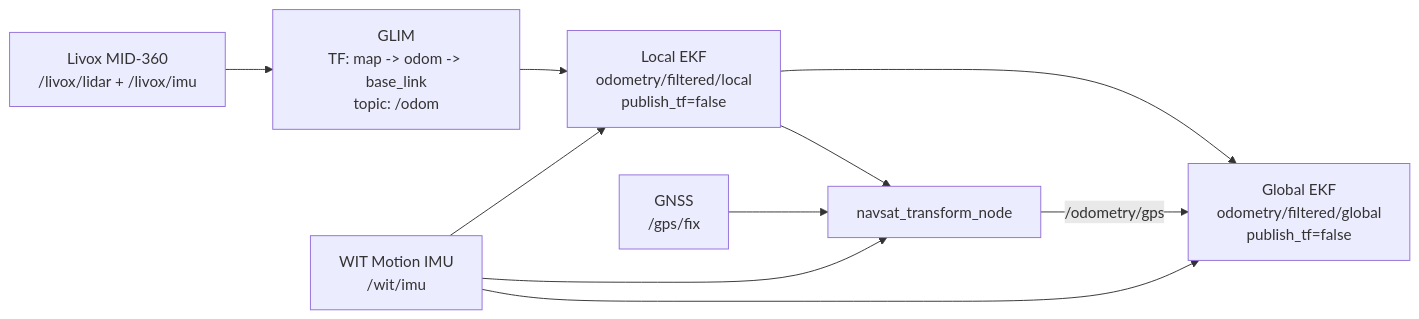
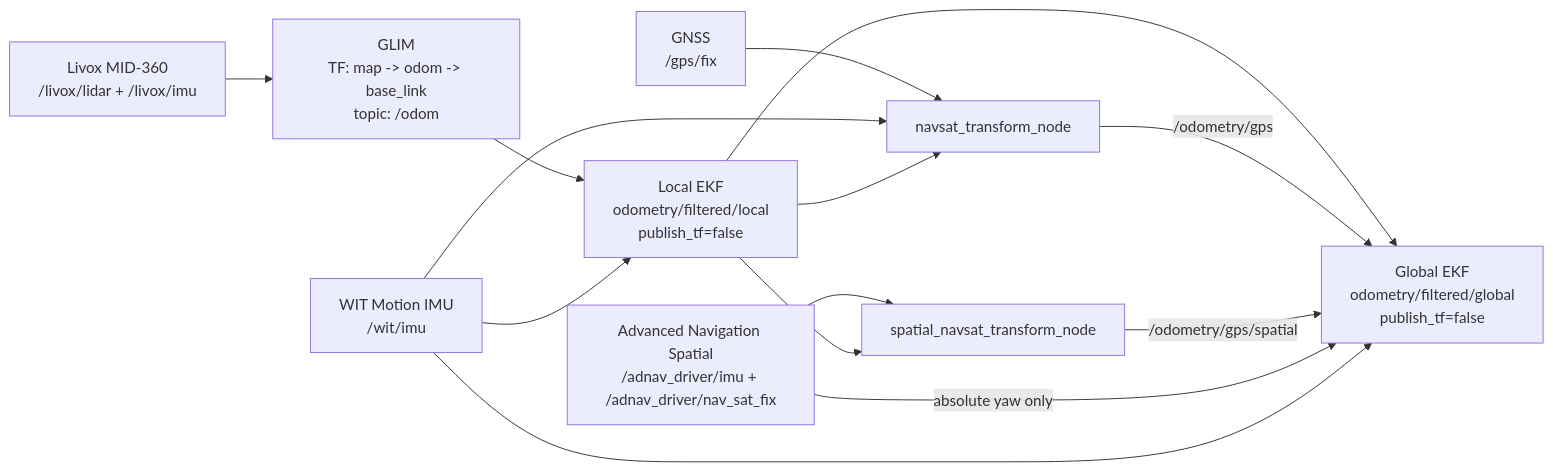
The diagram in Docs/localization_tf_architecture.md (oswystk15662/njord2026_ws), drawn with Mermaid before and after one commit. The commit also changed other lines of this file and 6 other files, not shown here.

Commit message:
feat: integrate advanced navigation spatial ins

````diff
--- a/Docs/localization_tf_architecture.md
+++ b/Docs/localization_tf_architecture.md
@@ -26,13 +26,17 @@
 ```mermaid
 flowchart LR
     Livox["Livox MID-360<br/>/livox/lidar + /livox/imu"] --> GLIM
     GLIM["GLIM<br/>TF: map -> odom -> base_link<br/>topic: /odom"] --> LocalEKF
     Wit["WIT Motion IMU<br/>/wit/imu"] --> LocalEKF
     LocalEKF["Local EKF<br/>odometry/filtered/local<br/>publish_tf=false"] --> GlobalEKF
     GPS["GNSS<br/>/gps/fix"] --> NavSat
+    Spatial["Advanced Navigation Spatial<br/>/adnav_driver/imu + /adnav_driver/nav_sat_fix"] --> SpatialNavSat
     Wit --> NavSat
     LocalEKF --> NavSat["navsat_transform_node"]
+    LocalEKF --> SpatialNavSat["spatial_navsat_transform_node"]
     NavSat -->|/odometry/gps| GlobalEKF
+    SpatialNavSat -->|/odometry/gps/spatial| GlobalEKF
+    Spatial -->|absolute yaw only| GlobalEKF
     Wit --> GlobalEKF
     GlobalEKF["Global EKF<br/>odometry/filtered/global<br/>publish_tf=false"]
 ```
````
